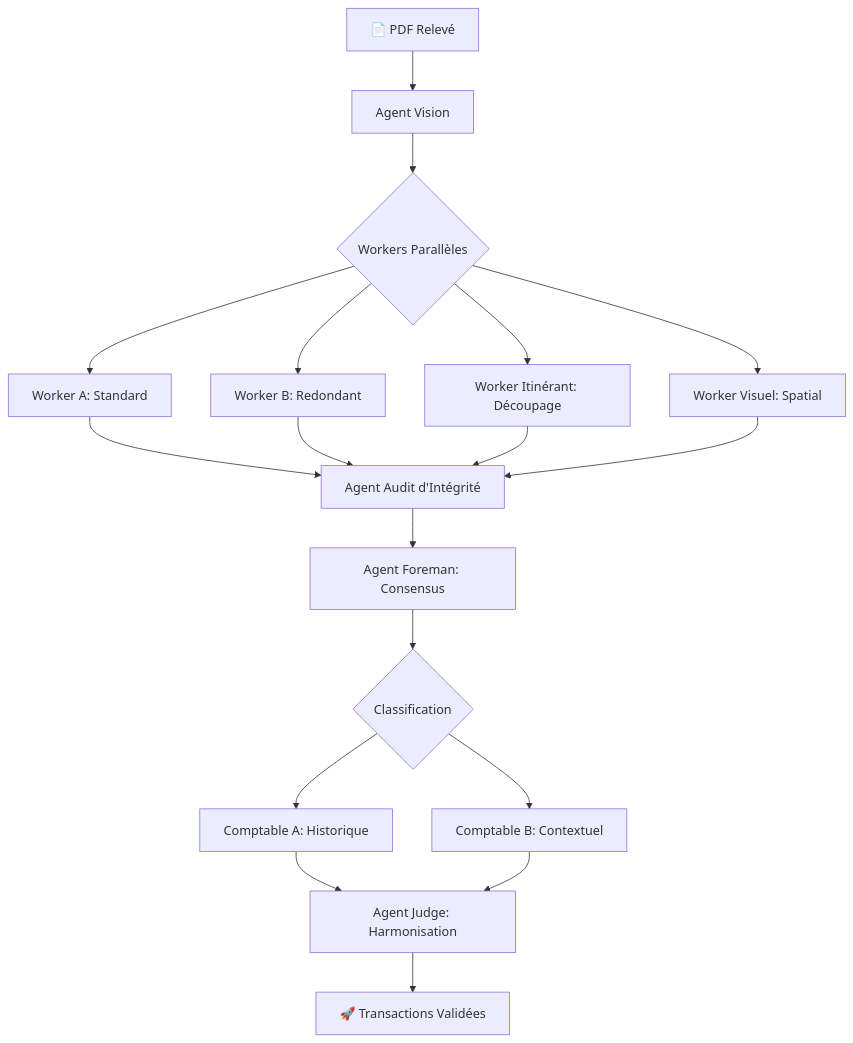
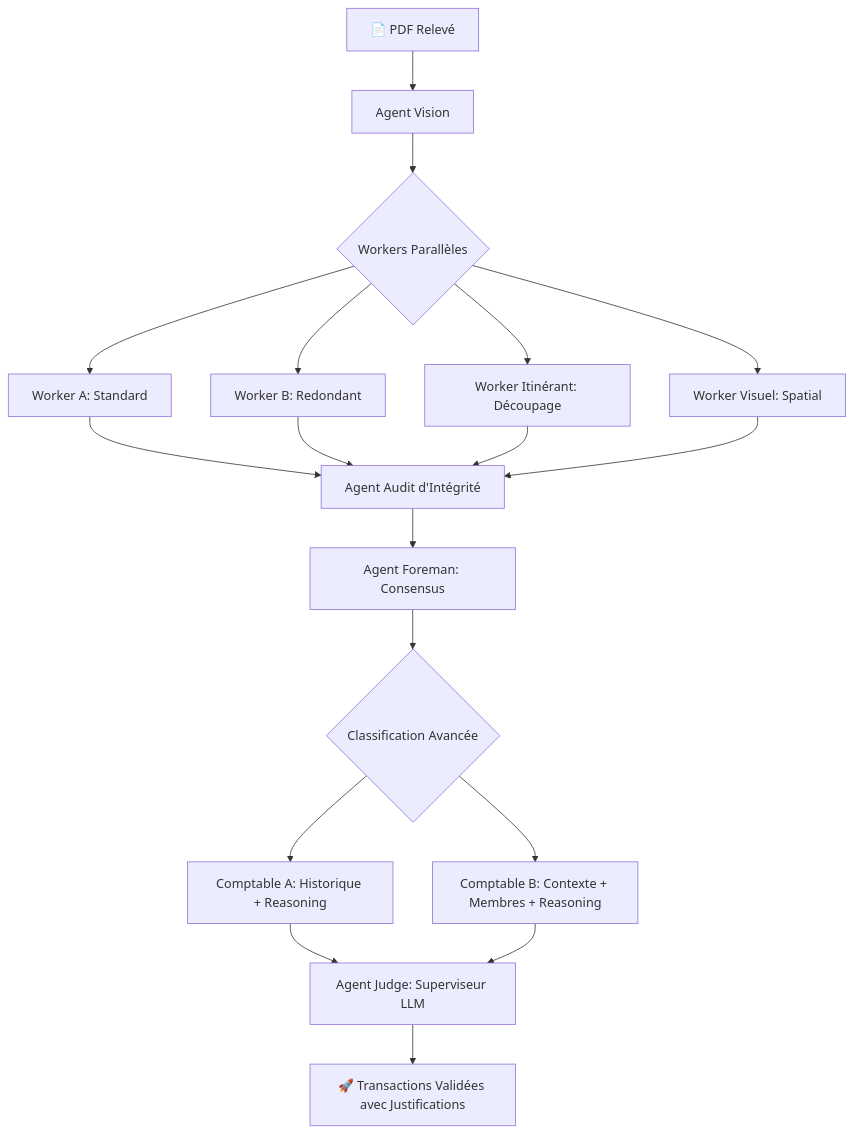
One commit to jknebel/Association_compta changed the diagram in README.md. Above: the diagram before and after it, drawn with Mermaid. The commit also changed other lines of this file, not shown here.

Commit message:
docs: update README to include AI reasoning and dynamic context features

````diff
--- a/README.md
+++ b/README.md
@@ -32,19 +33,19 @@
 ```mermaid
 graph TD
     A[📄 PDF Relevé] --> B[Agent Vision]
     B --> C{Workers Parallèles}
     C --> D[Worker A: Standard]
     C --> E[Worker B: Redondant]
     C --> F[Worker Itinérant: Découpage]
     C --> G[Worker Visuel: Spatial]
     
     D & E & F & G --> H[Agent Audit d'Intégrité]
     H --> I[Agent Foreman: Consensus]
     
-    I --> J{Classification}
-    J --> K[Comptable A: Historique]
-    J --> L[Comptable B: Contextuel]
+    I --> J{Classification Avancée}
+    J --> K[Comptable A: Historique + Reasoning]
+    J --> L[Comptable B: Contexte + Membres + Reasoning]
     
-    K & L --> M[Agent Judge: Harmonisation]
-    M --> N[🚀 Transactions Validées]
+    K & L --> M[Agent Judge: Superviseur LLM]
+    M --> N[🚀 Transactions Validées avec Justifications]
 ```
````
